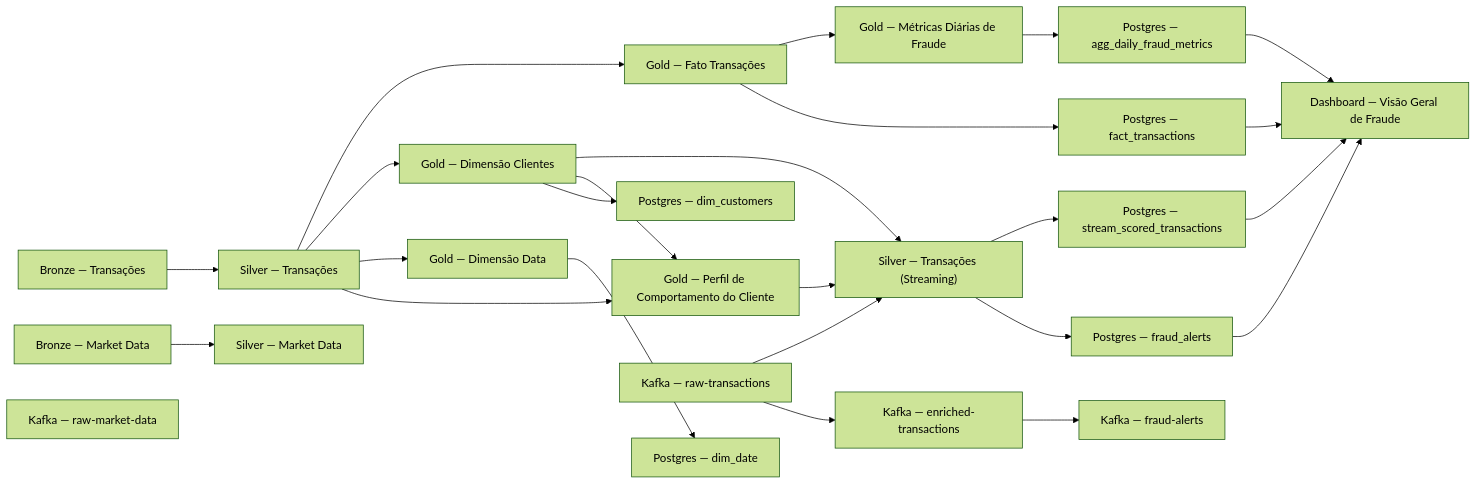
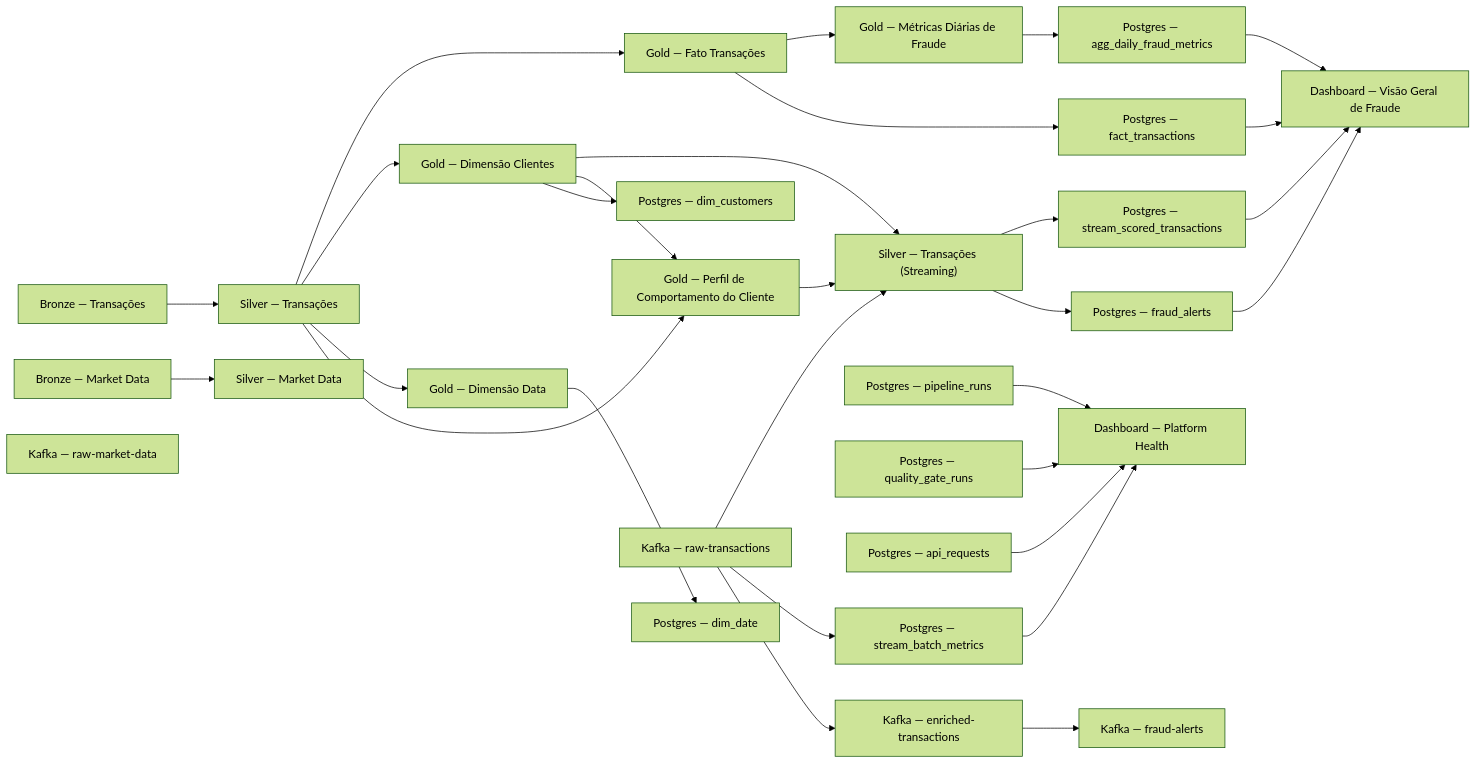
The diagram in docs/data_catalog.md (gpgomes/data-master-std-fraud), drawn with Mermaid (forest theme) before and after one commit. The commit also changed other lines of this file and 29 other files, not shown here.

First line of the commit message:
feat(observability): implement platform metrics storage and reporting

````diff
--- a/docs/data_catalog.md
+++ b/docs/data_catalog.md
@@ -64,47 +69,57 @@
 ```mermaid
 graph LR
     bronze_transactions["Bronze — Transações"]
     bronze_market_data["Bronze — Market Data"]
     silver_transactions["Silver — Transações"]
     silver_market_data["Silver — Market Data"]
     silver_transactions_stream["Silver — Transações (Streaming)"]
     gold_fact_transactions["Gold — Fato Transações"]
     gold_dim_customers["Gold — Dimensão Clientes"]
     gold_dim_date["Gold — Dimensão Data"]
     gold_agg_daily_fraud_metrics["Gold — Métricas Diárias de Fraude"]
     gold_customer_behavior_profile["Gold — Perfil de Comportamento do Cliente"]
     serving_fact_transactions["Postgres — fact_transactions"]
     serving_dim_customers["Postgres — dim_customers"]
     serving_dim_date["Postgres — dim_date"]
     serving_agg_daily_fraud_metrics["Postgres — agg_daily_fraud_metrics"]
     serving_stream_scored_transactions["Postgres — stream_scored_transactions"]
     serving_fraud_alerts["Postgres — fraud_alerts"]
+    serving_stream_batch_metrics["Postgres — stream_batch_metrics"]
+    serving_pipeline_runs["Postgres — pipeline_runs"]
+    serving_quality_gate_runs["Postgres — quality_gate_runs"]
+    serving_api_requests["Postgres — api_requests"]
     kafka_raw_transactions["Kafka — raw-transactions"]
     kafka_raw_market_data["Kafka — raw-market-data"]
     kafka_enriched_transactions["Kafka — enriched-transactions"]
     kafka_fraud_alerts["Kafka — fraud-alerts"]
     dashboard_fraud_overview["Dashboard — Visão Geral de Fraude"]
+    dashboard_platform_health["Dashboard — Platform Health"]
     bronze_transactions --> silver_transactions
     bronze_market_data --> silver_market_data
     kafka_raw_transactions --> silver_transactions_stream
     gold_dim_customers --> silver_transactions_stream
     gold_customer_behavior_profile --> silver_transactions_stream
     silver_transactions --> gold_fact_transactions
     silver_transactions --> gold_dim_customers
     silver_transactions --> gold_dim_date
     gold_fact_transactions --> gold_agg_daily_fraud_metrics
     silver_transactions --> gold_customer_behavior_profile
     gold_dim_customers --> gold_customer_behavior_profile
     gold_fact_transactions --> serving_fact_transactions
     gold_dim_customers --> serving_dim_customers
     gold_dim_date --> serving_dim_date
     gold_agg_daily_fraud_metrics --> serving_agg_daily_fraud_metrics
     silver_transactions_stream --> serving_stream_scored_transactions
     silver_transactions_stream --> serving_fraud_alerts
+    kafka_raw_transactions --> serving_stream_batch_metrics
     kafka_raw_transactions --> kafka_enriched_transactions
     kafka_enriched_transactions --> kafka_fraud_alerts
     serving_fact_transactions --> dashboard_fraud_overview
     serving_agg_daily_fraud_metrics --> dashboard_fraud_overview
     serving_stream_scored_transactions --> dashboard_fraud_overview
     serving_fraud_alerts --> dashboard_fraud_overview
+    serving_stream_batch_metrics --> dashboard_platform_health
+    serving_pipeline_runs --> dashboard_platform_health
+    serving_quality_gate_runs --> dashboard_platform_health
+    serving_api_requests --> dashboard_platform_health
 ```
````
